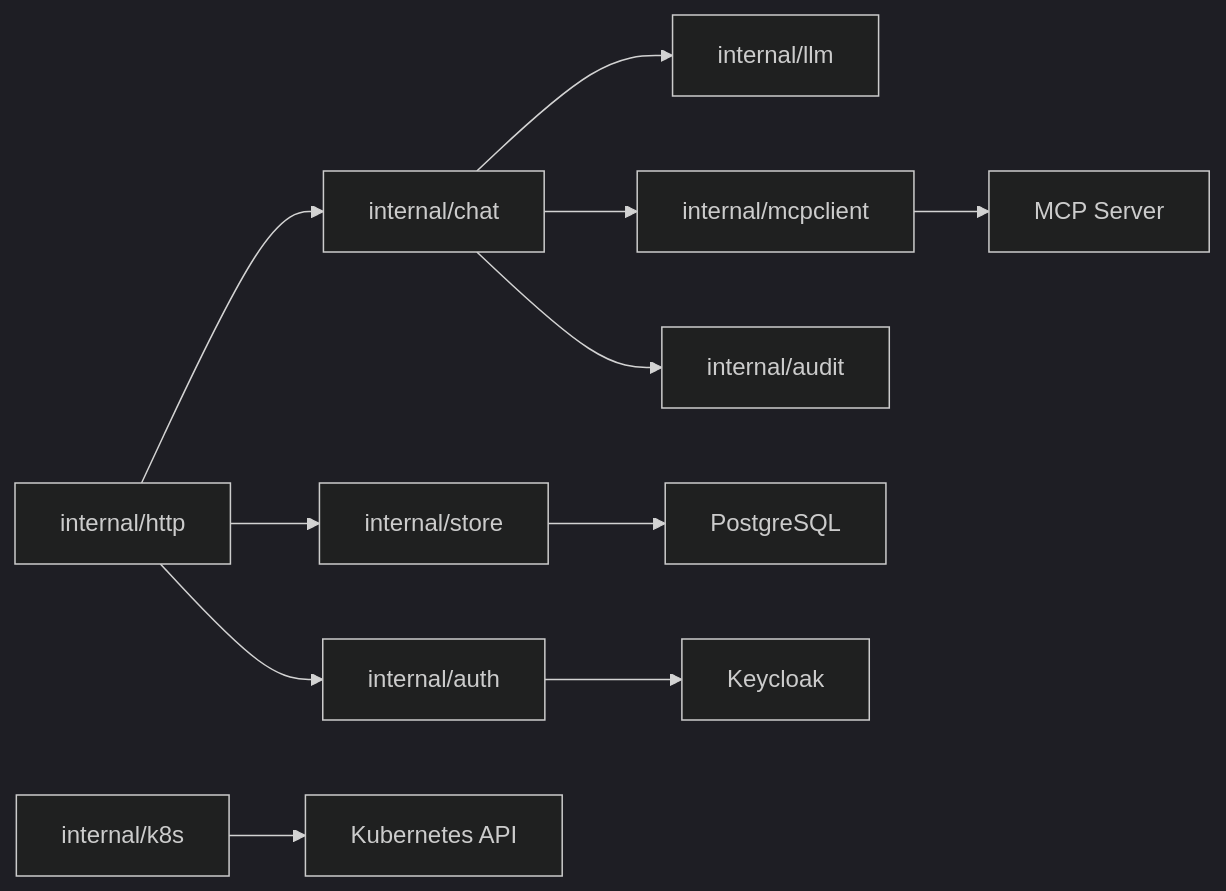
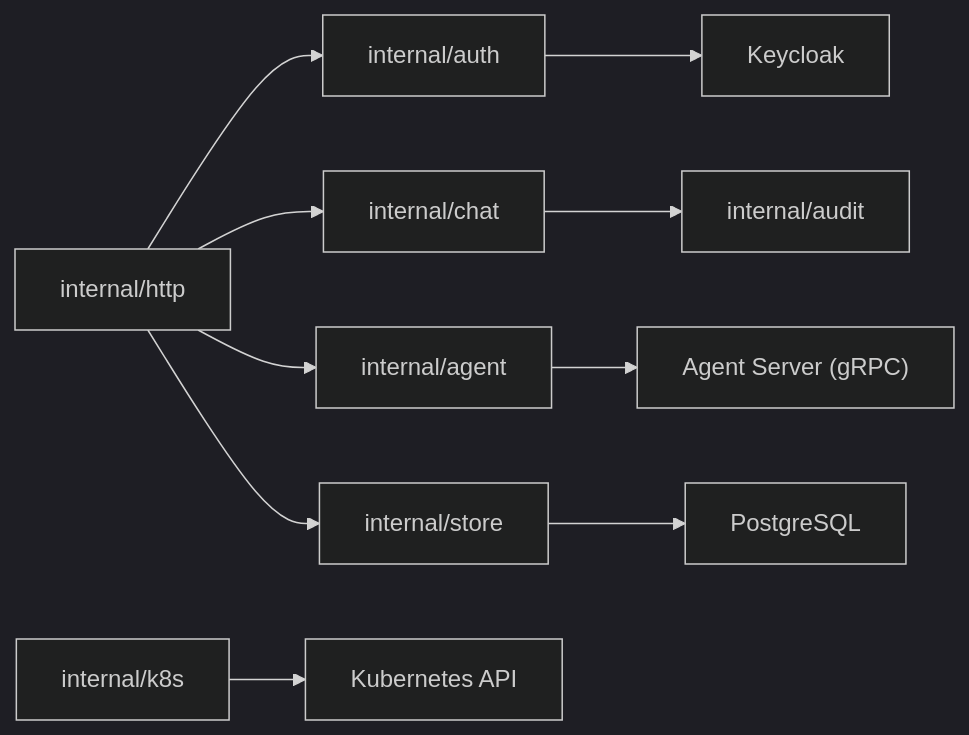
Before and after one commit to ZhaoXiangHeng/k8s-agent: the first of 2 diagrams in docs/developer/developer-guide.md, drawn with Mermaid (dark theme). The commit also changed other lines of this file and 128 other files, not shown here.

````diff
--- a/docs/developer/developer-guide.md
+++ b/docs/developer/developer-guide.md
@@ -44,13 +82,12 @@
 ```mermaid
 flowchart LR
   HTTP["internal/http"] --> Auth["internal/auth"]
   HTTP --> Chat["internal/chat"]
+  HTTP --> AgentClient["internal/agent"]
   HTTP --> Store["internal/store"]
-  Chat --> LLM["internal/llm"]
-  Chat --> MCP["internal/mcpclient"]
   Chat --> Audit["internal/audit"]
+  AgentClient --> AgentServer["Agent Server (gRPC)"]
   Store --> DB["PostgreSQL"]
   Auth --> Keycloak["Keycloak"]
-  MCP --> MCPServer["MCP Server"]
   K8S["internal/k8s"] --> APIServer["Kubernetes API"]
 ```
````
